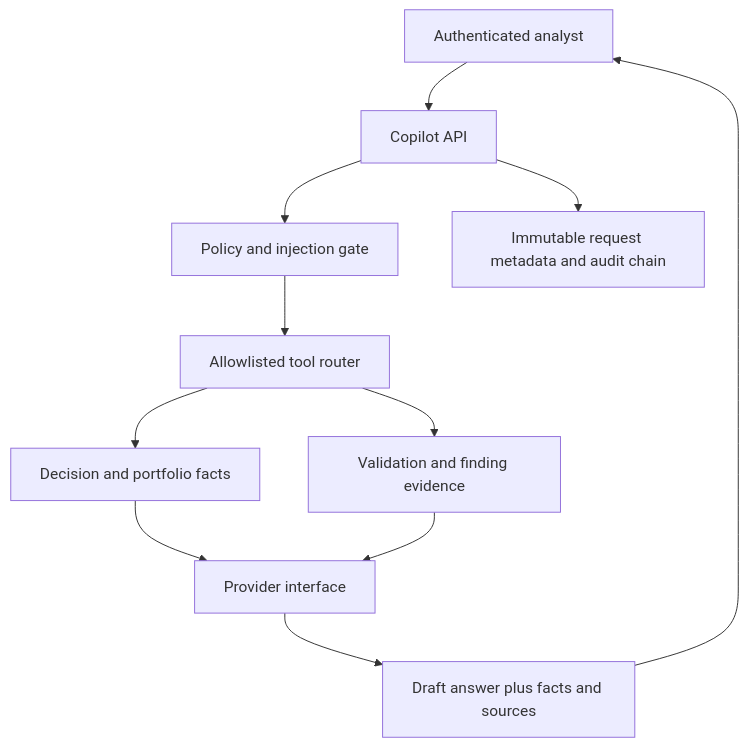
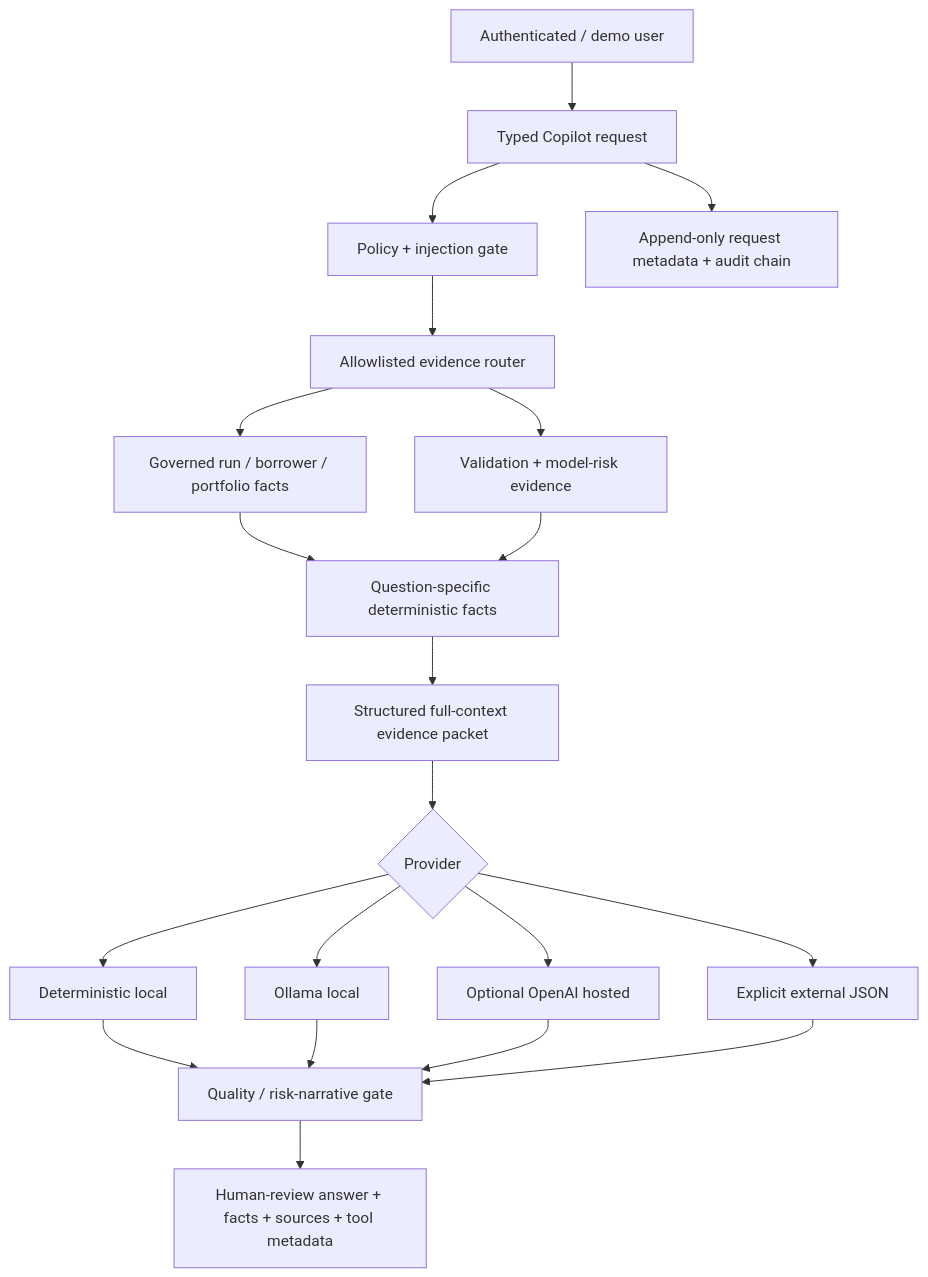
Before and after one commit to adel3amr/Credit-Risk-Analytics: the diagram in GENAI_ARCHITECTURE.md, drawn with Mermaid. The commit also changed other lines of this file and 4 other files, not shown here.

````diff
--- a/GENAI_ARCHITECTURE.md
+++ b/GENAI_ARCHITECTURE.md
@@ -3,13 +5,22 @@
 ```mermaid
 flowchart TD
- U[Authenticated analyst] --> A[Copilot API]
- A --> P[Policy and injection gate]
- P --> T[Allowlisted tool router]
- T --> D[Decision and portfolio facts]
- T --> V[Validation and finding evidence]
- D --> R[Provider interface]
- V --> R
- R --> O[Draft answer plus facts and sources]
- O --> U
- A --> G[Immutable request metadata and audit chain]
+ U[Authenticated / demo user] --> A[Typed Copilot request]
+ A --> P[Policy + injection gate]
+ P --> T[Allowlisted evidence router]
+ T --> D[Governed run / borrower / portfolio facts]
+ T --> V[Validation + model-risk evidence]
+ D --> F[Question-specific deterministic facts]
+ V --> F
+ F --> C[Structured full-context evidence packet]
+ C --> R{Provider}
+ R --> L[Deterministic local]
+ R --> O[Ollama local]
+ R --> H[Optional OpenAI hosted]
+ R --> X[Explicit external JSON]
+ L --> Q[Quality / risk-narrative gate]
+ O --> Q
+ H --> Q
+ X --> Q
+ Q --> Z[Human-review answer + facts + sources + tool metadata]
+ A --> G[Append-only request metadata + audit chain]
 ```
````
